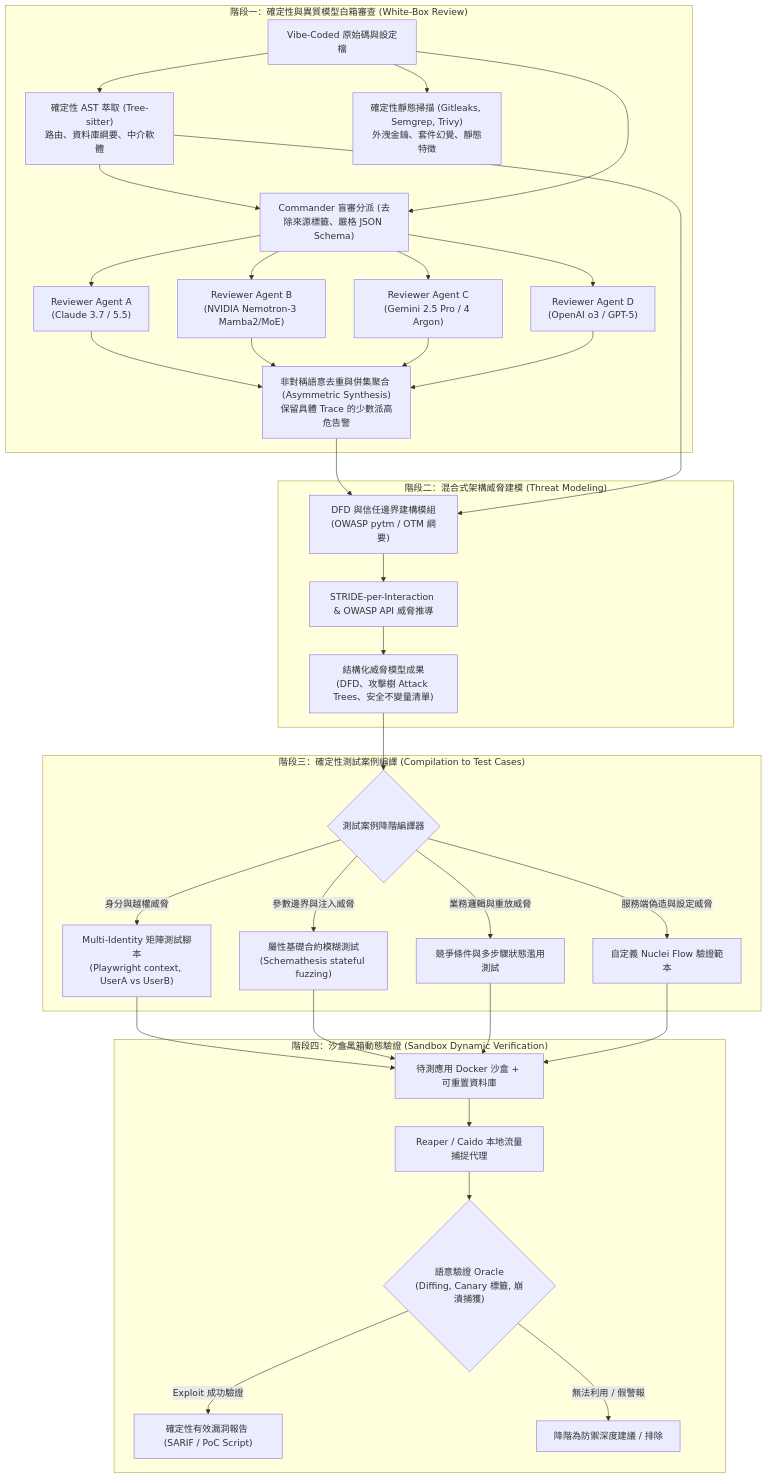
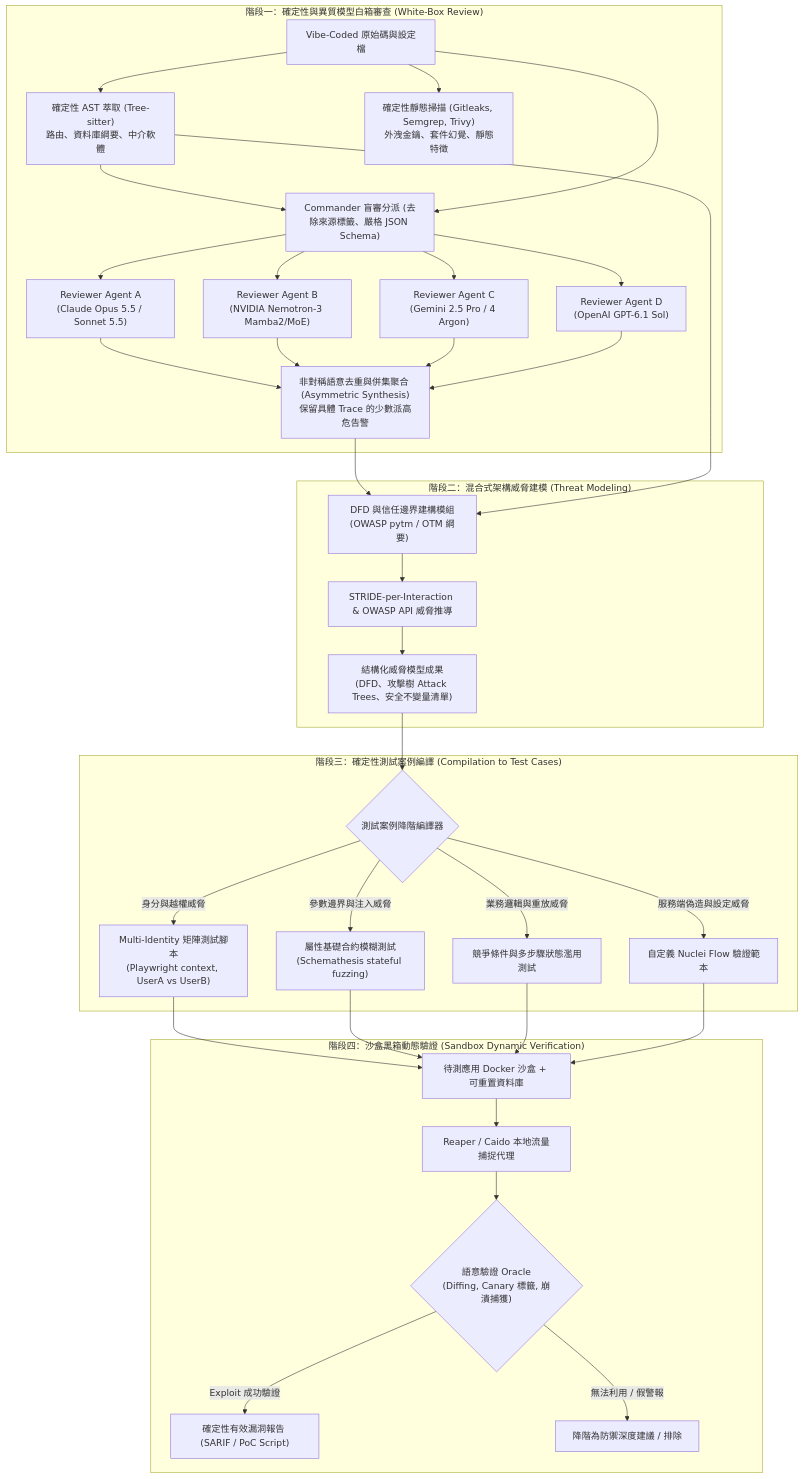
Before and after one commit to chinchiang/MultiAgentZeta: the diagram in docs/research/vibe-coding-multiagent-testing-toolkit-architecture.md, drawn with Mermaid. The commit also changed other lines of this file, not shown here.

````diff
--- a/docs/research/vibe-coding-multiagent-testing-toolkit-architecture.md
+++ b/docs/research/vibe-coding-multiagent-testing-toolkit-architecture.md
@@ -83,35 +83,35 @@
 ```mermaid
 flowchart TD
     subgraph S1["階段一：確定性與異質模型白箱審查 (White-Box Review)"]
         SRC["Vibe-Coded 原始碼與設定檔"] --> AST["確定性 AST 萃取 (Tree-sitter)<br/>路由、資料庫綱要、中介軟體"]
         SRC --> SEC_SCAN["確定性靜態掃描 (Gitleaks, Semgrep, Trivy)<br/>外洩金鑰、套件幻覺、靜態特徵"]
         AST & SRC --> BLIND_FANOUT["Commander 盲審分派 (去除來源標籤、嚴格 JSON Schema)"]
-        BLIND_FANOUT --> REV_CLAUDE["Reviewer Agent A<br/>(Claude 3.7 / 5.5)"]
+        BLIND_FANOUT --> REV_CLAUDE["Reviewer Agent A<br/>(Claude Opus 5.5 / Sonnet 5.5)"]
         BLIND_FANOUT --> REV_NEMO["Reviewer Agent B<br/>(NVIDIA Nemotron-3 Mamba2/MoE)"]
         BLIND_FANOUT --> REV_GEMINI["Reviewer Agent C<br/>(Gemini 2.5 Pro / 4 Argon)"]
-        BLIND_FANOUT --> REV_OPENAI["Reviewer Agent D<br/>(OpenAI o3 / GPT-5)"]
+        BLIND_FANOUT --> REV_OPENAI["Reviewer Agent D<br/>(OpenAI GPT-6.1 Sol)"]
         REV_CLAUDE & REV_NEMO & REV_GEMINI & REV_OPENAI --> UNION_MERGE["非對稱語意去重與併集聚合 (Asymmetric Synthesis)<br/>保留具體 Trace 的少數派高危告警"]
     end
 
     subgraph S2["階段二：混合式架構威脅建模 (Threat Modeling)"]
         UNION_MERGE & AST --> DFD_BUILDER["DFD 與信任邊界建構模組<br/>(OWASP pytm / OTM 綱要)"]
         DFD_BUILDER --> STRIDE_ENGINE["STRIDE-per-Interaction & OWASP API 威脅推導"]
         STRIDE_ENGINE --> THREAT_MODEL["結構化威脅模型成果<br/>(DFD、攻擊樹 Attack Trees、安全不變量清單)"]
     end
 
     subgraph S3["階段三：確定性測試案例編譯 (Compilation to Test Cases)"]
         THREAT_MODEL --> COMPILER{"測試案例降階編譯器"}
         COMPILER -->|身分與越權威脅| TC_AUTHZ["Multi-Identity 矩陣測試腳本<br/>(Playwright context, UserA vs UserB)"]
         COMPILER -->|參數邊界與注入威脅| TC_FUZZ["屬性基礎合約模糊測試<br/>(Schemathesis stateful fuzzing)"]
         COMPILER -->|業務邏輯與重放威脅| TC_RACE["競爭條件與多步驟狀態濫用測試"]
         COMPILER -->|服務端偽造與設定威脅| TC_NUCLEI["自定義 Nuclei Flow 驗證範本"]
     end
 
     subgraph S4["階段四：沙盒黑箱動態驗證 (Sandbox Dynamic Verification)"]
         TC_AUTHZ & TC_FUZZ & TC_RACE & TC_NUCLEI --> DOCKER_APP["待測應用 Docker 沙盒 + 可重置資料庫"]
         DOCKER_APP --> PROXY["Reaper / Caido 本地流量捕捉代理"]
         PROXY --> ORACLE{"語意驗證 Oracle<br/>(Diffing, Canary 標籤, 崩潰捕獲)"}
         ORACLE -->|Exploit 成功驗證| CONFIRMED_VULN["確定性有效漏洞報告 (SARIF / PoC Script)"]
         ORACLE -->|無法利用 / 假警報| DOWNGRADE["降階為防禦深度建議 / 排除"]
     end
 ```
````
